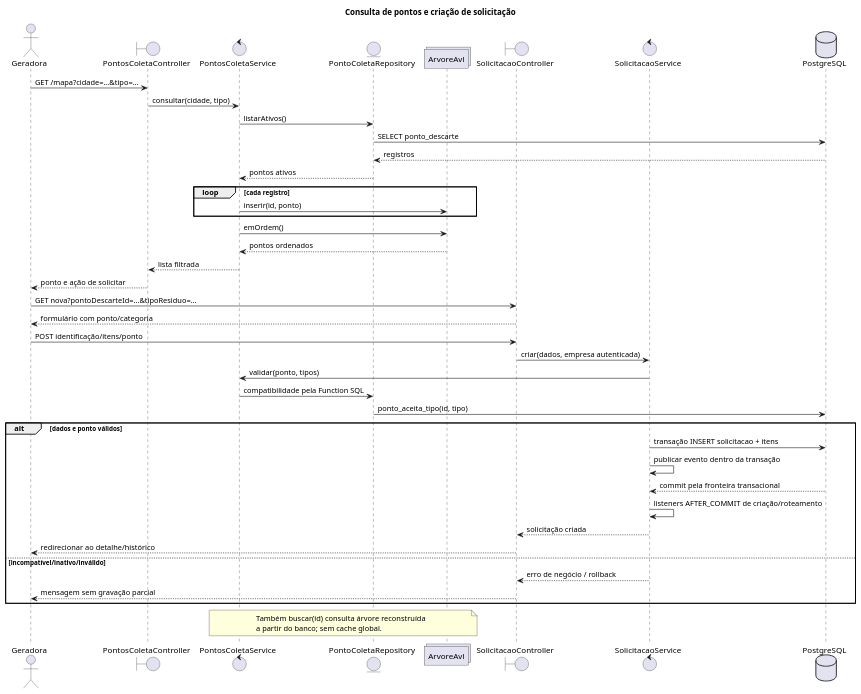
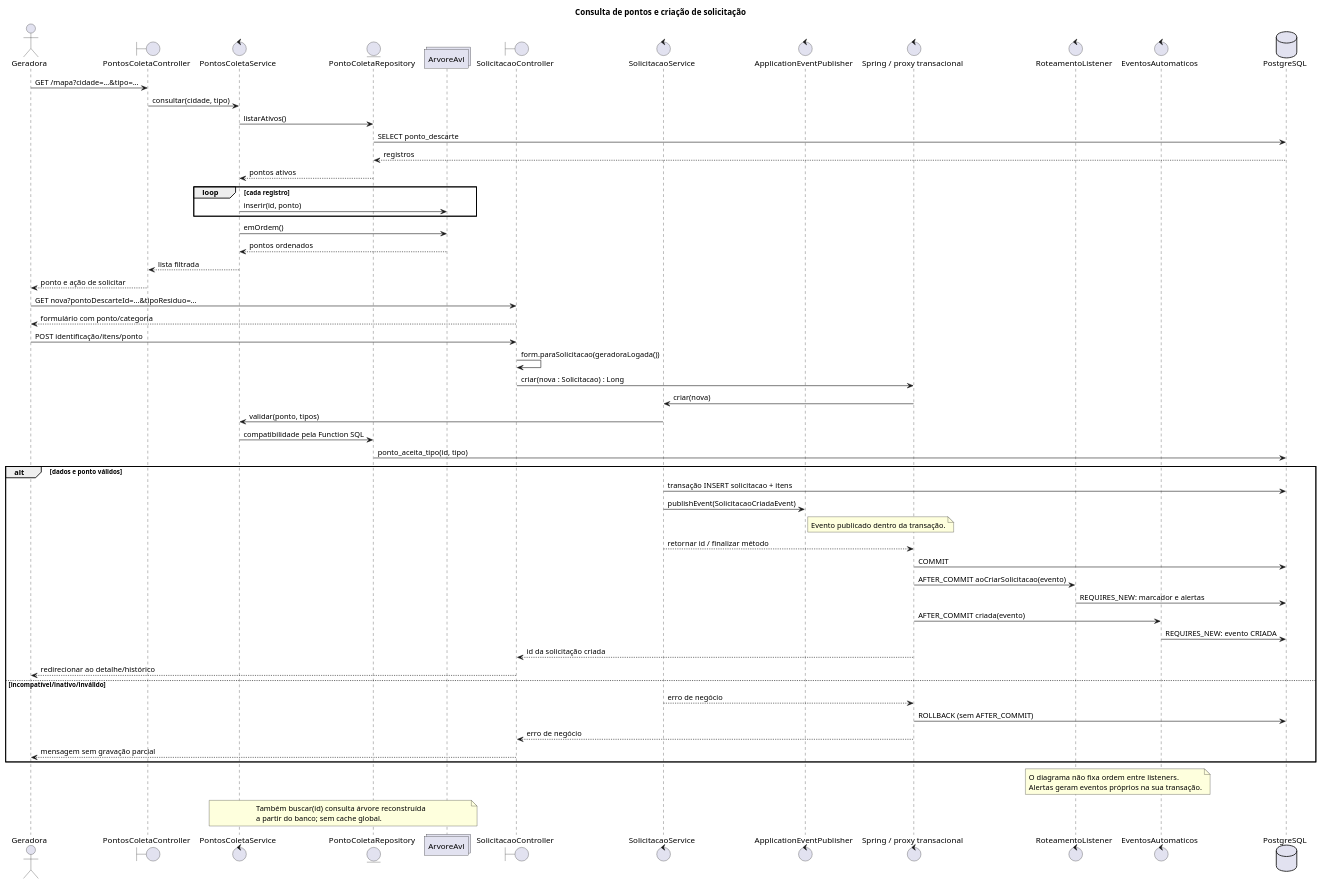
One commit to mmsxdev/plataforma-ewaste changed the diagram in docs/uml/sequencia.puml. Above: the diagram before and after it, drawn with PlantUML. The commit also changed 40 other files, not shown here.

```diff
--- a/docs/uml/sequencia.puml
+++ b/docs/uml/sequencia.puml
@@ -1,47 +1,64 @@
 @startuml
 !pragma layout smetana
 title Consulta de pontos e criação de solicitação
 actor Geradora
 boundary "PontosColetaController" as WebP
 control "PontosColetaService" as Pontos
 entity "PontoColetaRepository" as Repo
 collections "ArvoreAvl" as AVL
 boundary "SolicitacaoController" as WebS
 control "SolicitacaoService" as Sol
+control "ApplicationEventPublisher" as Publisher
+control "Spring / proxy transacional" as Tx
+control "RoteamentoListener" as Routing
+control "EventosAutomaticos" as Timeline
 database PostgreSQL as DB
 Geradora -> WebP : GET /mapa?cidade=...&tipo=...
 WebP -> Pontos : consultar(cidade, tipo)
 Pontos -> Repo : listarAtivos()
 Repo -> DB : SELECT ponto_descarte
 DB --> Repo : registros
 Repo --> Pontos : pontos ativos
 loop cada registro
   Pontos -> AVL : inserir(id, ponto)
 end
 Pontos -> AVL : emOrdem()
 AVL --> Pontos : pontos ordenados
 Pontos --> WebP : lista filtrada
 WebP --> Geradora : ponto e ação de solicitar
 Geradora -> WebS : GET nova?pontoDescarteId=...&tipoResiduo=...
 WebS --> Geradora : formulário com ponto/categoria
 Geradora -> WebS : POST identificação/itens/ponto
-WebS -> Sol : criar(dados, empresa autenticada)
+WebS -> WebS : form.paraSolicitacao(geradoraLogada())
+WebS -> Tx : criar(nova : Solicitacao) : Long
+Tx -> Sol : criar(nova)
 Sol -> Pontos : validar(ponto, tipos)
 Pontos -> Repo : compatibilidade pela Function SQL
 Repo -> DB : ponto_aceita_tipo(id, tipo)
 alt dados e ponto válidos
   Sol -> DB : transação INSERT solicitacao + itens
-  Sol -> Sol : publicar evento dentro da transação
-  DB --> Sol : commit pela fronteira transacional
-  Sol -> Sol : listeners AFTER_COMMIT de criação/roteamento
-  Sol --> WebS : solicitação criada
+  Sol -> Publisher : publishEvent(SolicitacaoCriadaEvent)
+  note right of Publisher : Evento publicado dentro da transação.
+  Sol --> Tx : retornar id / finalizar método
+  Tx -> DB : COMMIT
+  Tx -> Routing : AFTER_COMMIT aoCriarSolicitacao(evento)
+  Routing -> DB : REQUIRES_NEW: marcador e alertas
+  Tx -> Timeline : AFTER_COMMIT criada(evento)
+  Timeline -> DB : REQUIRES_NEW: evento CRIADA
+  Tx --> WebS : id da solicitação criada
   WebS --> Geradora : redirecionar ao detalhe/histórico
 else incompatível/inativo/inválido
-  Sol --> WebS : erro de negócio / rollback
+  Sol --> Tx : erro de negócio
+  Tx -> DB : ROLLBACK (sem AFTER_COMMIT)
+  Tx --> WebS : erro de negócio
   WebS --> Geradora : mensagem sem gravação parcial
 end
+note over Routing, Timeline
+O diagrama não fixa ordem entre listeners.
+Alertas geram eventos próprios na sua transação.
+end note
 note over Pontos, AVL
 Também buscar(id) consulta árvore reconstruída
 a partir do banco; sem cache global.
 end note
 @enduml
```
